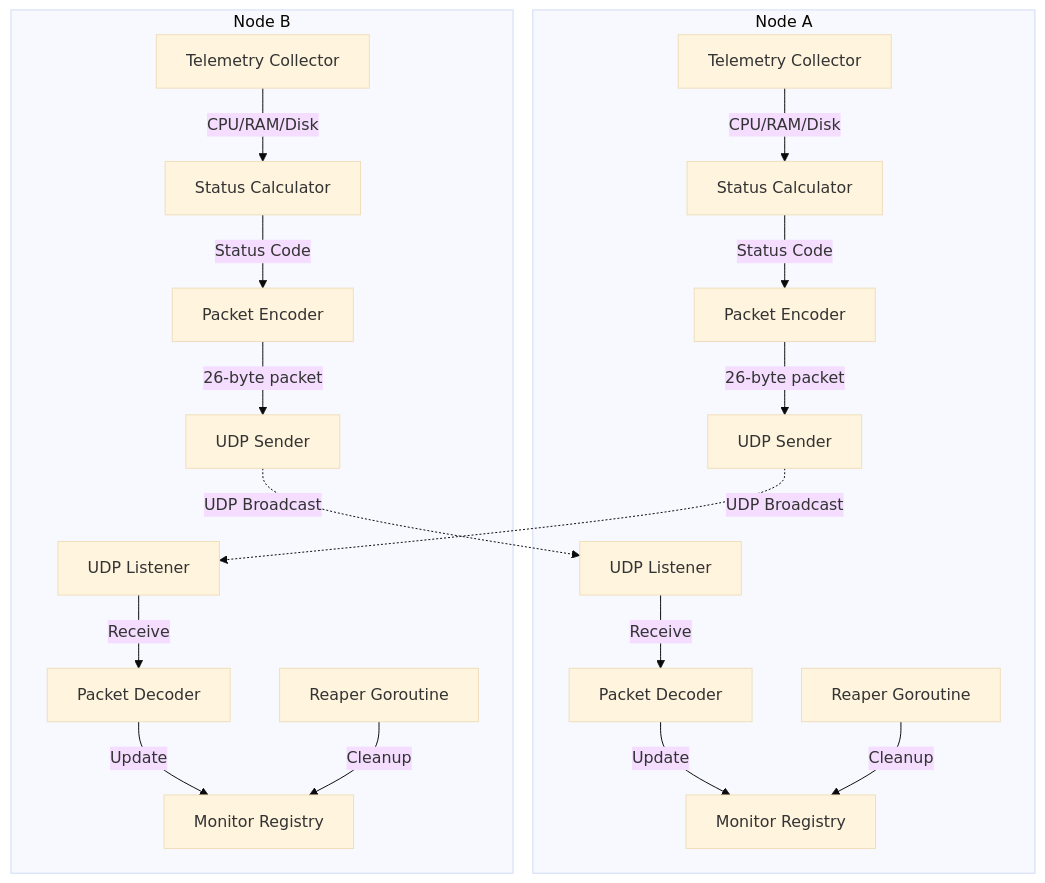
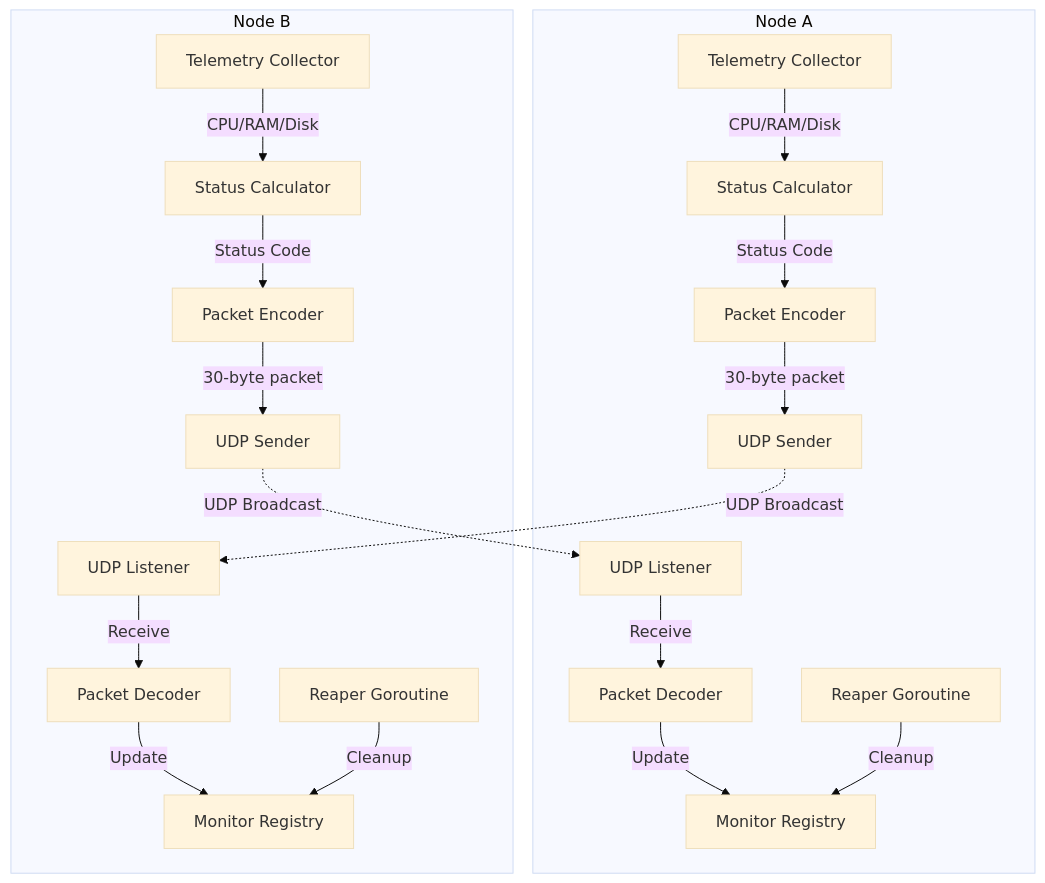
Before and after one commit to rafaelmf3/pulsecheck: the diagram in README.md, drawn with Mermaid (base theme). The commit also changed other lines of this file and 1 other file, not shown here.

````diff
--- a/README.md
+++ b/README.md
@@ -60,41 +63,41 @@
 ```mermaid
 graph TB
     subgraph NodeA[Node A]
         TC1[Telemetry Collector]
         SC1[Status Calculator]
         PE1[Packet Encoder]
         US1[UDP Sender]
         UL1[UDP Listener]
         PD1[Packet Decoder]
         MON1[Monitor Registry]
         REP1[Reaper Goroutine]
         
         TC1 -->|CPU/RAM/Disk| SC1
         SC1 -->|Status Code| PE1
-        PE1 -->|26-byte packet| US1
+        PE1 -->|30-byte packet| US1
         UL1 -->|Receive| PD1
         PD1 -->|Update| MON1
         REP1 -->|Cleanup| MON1
     end
     
     subgraph NodeB[Node B]
         TC2[Telemetry Collector]
         SC2[Status Calculator]
         PE2[Packet Encoder]
         US2[UDP Sender]
         UL2[UDP Listener]
         PD2[Packet Decoder]
         MON2[Monitor Registry]
         REP2[Reaper Goroutine]
         
         TC2 -->|CPU/RAM/Disk| SC2
         SC2 -->|Status Code| PE2
-        PE2 -->|26-byte packet| US2
+        PE2 -->|30-byte packet| US2
         UL2 -->|Receive| PD2
         PD2 -->|Update| MON2
         REP2 -->|Cleanup| MON2
     end
     
     US1 -.->|UDP Broadcast| UL2
     US2 -.->|UDP Broadcast| UL1
 ```
````
